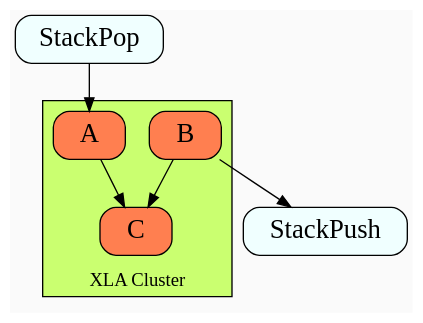
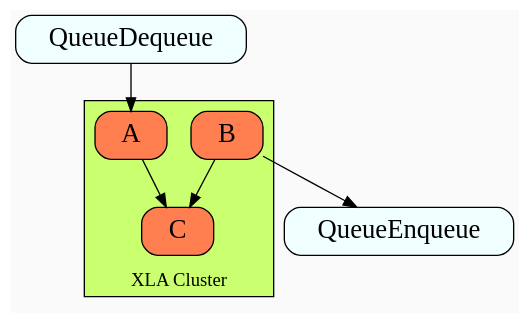
One commit to sanjoy/auto-clustering-presentation changed the diagram in serialize-blocking-operations-b.dot. Above: the diagram before and after it, drawn with Graphviz. The commit also changed 2 other files, not shown here.

Commit message:
Fix bug: Stack operations don't block.

```diff
--- a/serialize-blocking-operations-b.dot
+++ b/serialize-blocking-operations-b.dot
@@ -1,18 +1,18 @@
 digraph {
   graph[bgcolor=gray98,compound=true]
   node[fontsize=20,shape=box,fillcolor=azure, style="filled,rounded"]
 
   subgraph cluster_0 {
     label="XLA Cluster";labelloc="b"
     style=filled
     fillcolor=darkolivegreen1
     A[fillcolor=coral]
     B[fillcolor=coral]
     C[fillcolor=coral]
   }
 
-  StackPop -> A
+  QueueDequeue -> A
   A -> C
   B -> C
-  B -> StackPush
+  B -> QueueEnqueue
 }
```
